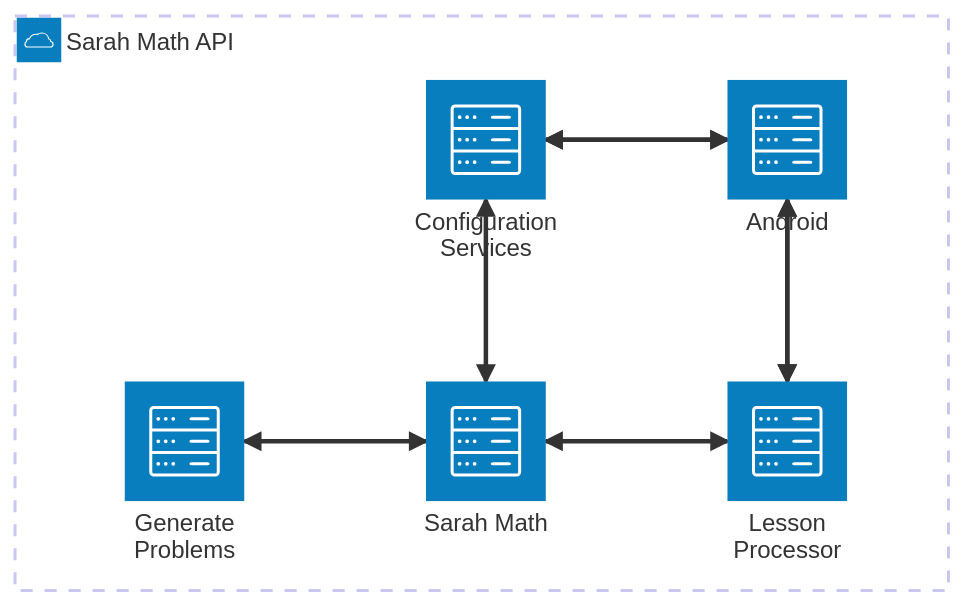
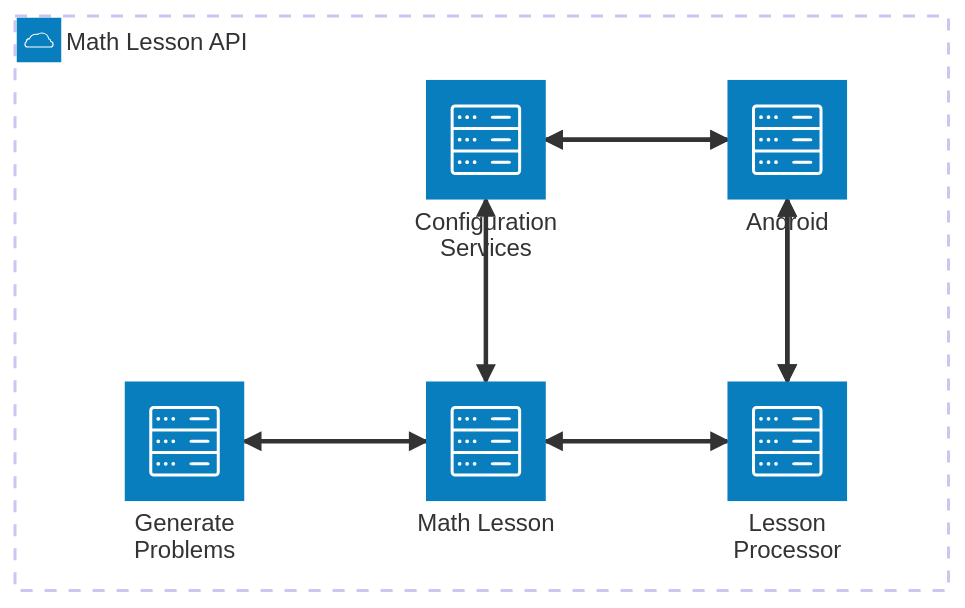
The diagram in README.md (frankaburns/mathLesson), drawn with Mermaid before and after one commit. The commit also changed other lines of this file and 8 other files, not shown here.

````diff
--- a/README.md
+++ b/README.md
@@ -8,23 +8,23 @@
 ```mermaid
 
 ---
 title: Lesson Architecture
 ---
 
 architecture-beta
-    group api(cloud)[Sarah Math API]
+    group api(cloud)[Math Lesson API]
 
     service droid(server)[Android] in api
-    service sm(server)[Sarah Math] in api
+    service sm(server)[Math Lesson] in api
     service config(server)[Configuration Services] in api
     service build(server)[Generate Problems] in api
     service run(server)[Lesson Processor] in api
 
     sm:T <--> B:config
     config:R <--> L:droid
     droid:L <--> R:config
     sm:L <--> R:build
     sm:R <--> L:run
     run:T <--> B:droid
     droid:B <--> T:run
 ```
````
